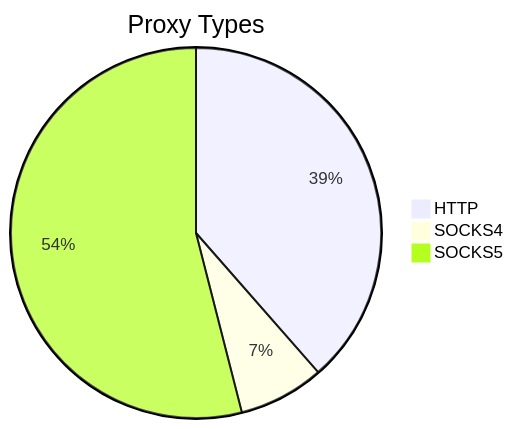
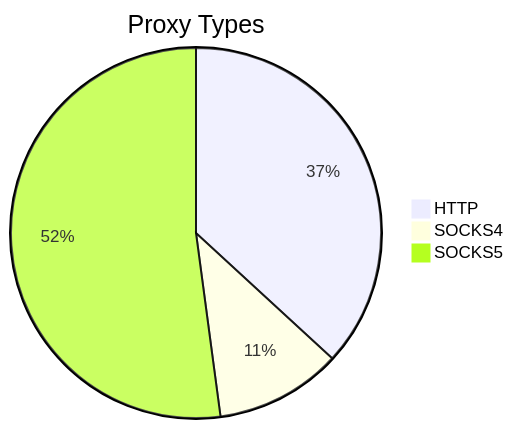
Before and after one commit to stormsia/proxy-list: the first of 2 diagrams in README.md, drawn with Mermaid. The commit also changed other lines of this file, not shown here.

````diff
--- a/README.md
+++ b/README.md
@@ -21,6 +21,6 @@
 ```mermaid
 pie title Proxy Types
-    "HTTP" : 237
-    "SOCKS4" : 46
-    "SOCKS5" : 332
+    "HTTP" : 357
+    "SOCKS4" : 107
+    "SOCKS5" : 505
 ```
````
